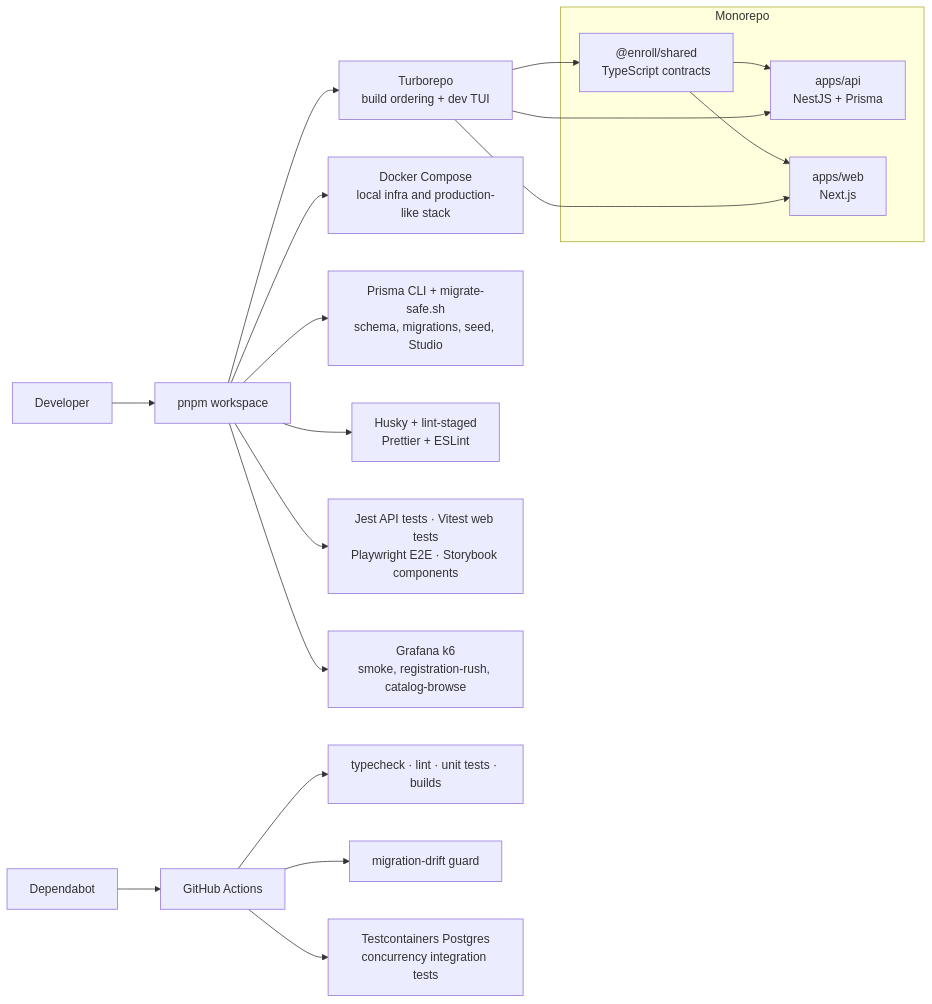
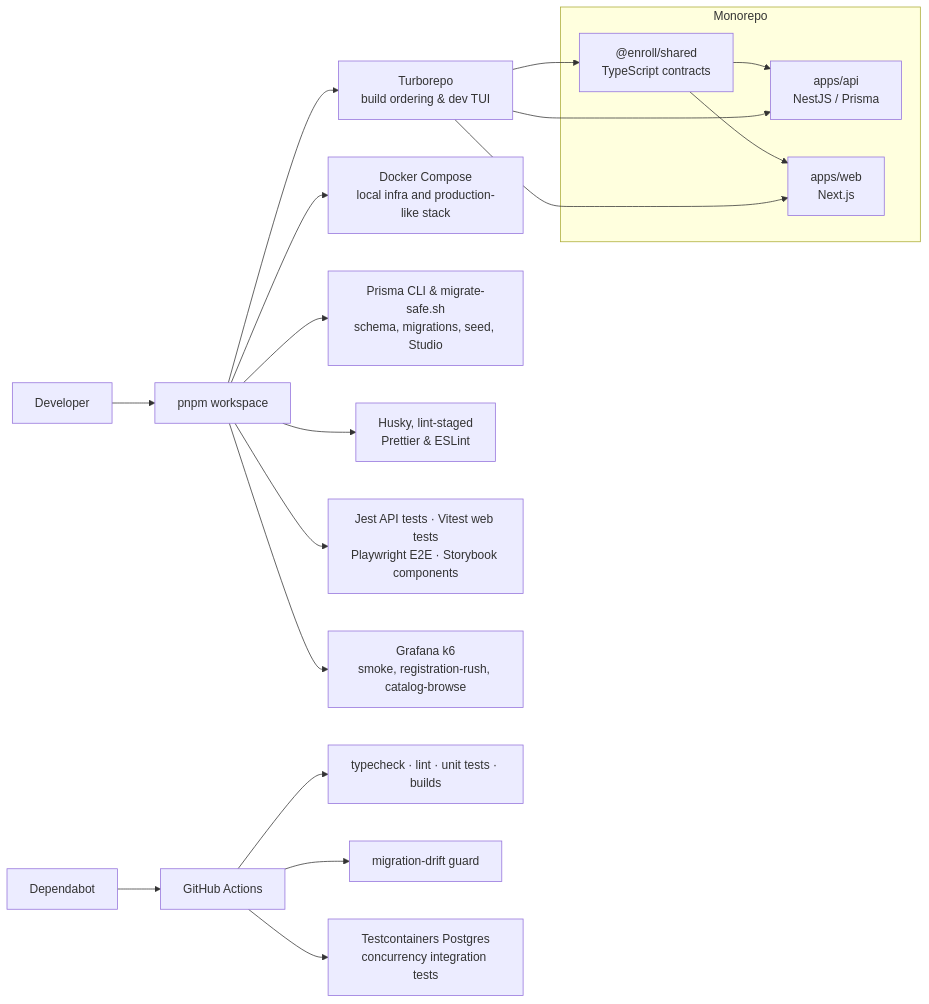
The second of 2 diagrams in README.md (rzavala1989/enroll), drawn with Mermaid before and after one commit. The commit also changed other lines of this file, not shown here.

Commit message:
README diagram

````diff
--- a/README.md
+++ b/README.md
@@ -48,28 +48,28 @@
 ```mermaid
 flowchart LR
   Dev["Developer"] --> PNPM["pnpm workspace"]
 
   subgraph Workspace["Monorepo"]
     Shared["@enroll/shared<br/>TypeScript contracts"]
-    APIApp["apps/api<br/>NestJS + Prisma"]
+    APIApp["apps/api<br/>NestJS / Prisma"]
     WebApp["apps/web<br/>Next.js"]
     Shared --> APIApp
     Shared --> WebApp
   end
 
-  PNPM --> Turbo["Turborepo<br/>build ordering + dev TUI"]
+  PNPM --> Turbo["Turborepo<br/>build ordering & dev TUI"]
   Turbo --> Shared
   Turbo --> APIApp
   Turbo --> WebApp
   PNPM --> Compose["Docker Compose<br/>local infra and production-like stack"]
-  PNPM --> Prisma["Prisma CLI + migrate-safe.sh<br/>schema, migrations, seed, Studio"]
+  PNPM --> Prisma["Prisma CLI & migrate-safe.sh<br/>schema, migrations, seed, Studio"]
 
-  PNPM --> Quality["Husky + lint-staged<br/>Prettier + ESLint"]
+  PNPM --> Quality["Husky, lint-staged<br/>Prettier & ESLint"]
   PNPM --> Tests["Jest API tests · Vitest web tests<br/>Playwright E2E · Storybook components"]
   PNPM --> Load["Grafana k6<br/>smoke, registration-rush, catalog-browse"]
 
   GitHub["GitHub Actions"] --> Verify["typecheck · lint · unit tests · builds"]
   GitHub --> Drift["migration-drift guard"]
   GitHub --> Integration["Testcontainers Postgres<br/>concurrency integration tests"]
   Dependabot["Dependabot"] --> GitHub
 ```
````
